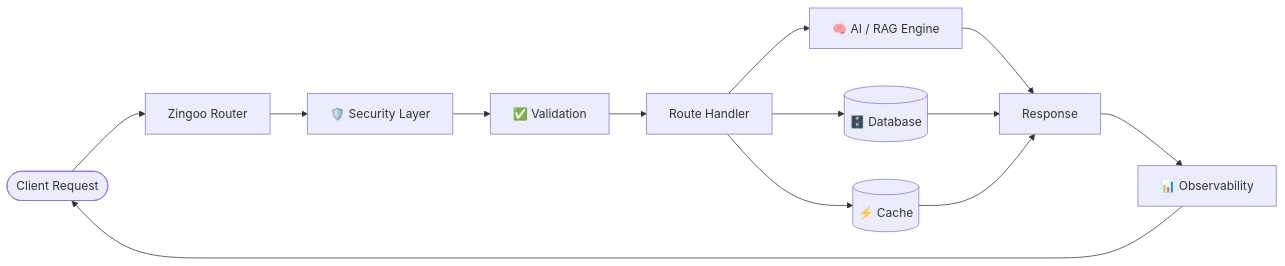
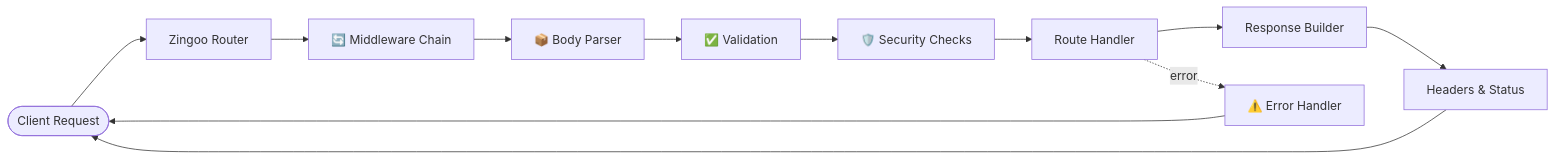
One commit to Pranav-201/Zingoo-The_Future_Backend. changed the diagram in README.md. Above: the diagram before and after it, drawn with Mermaid. The commit also changed other lines of this file, not shown here.

````diff
--- a/README.md
+++ b/README.md
@@ -378,15 +454,16 @@
 ```mermaid
 flowchart LR
     Client([Client Request]) --> Router[Zingoo Router]
-    Router --> Security[🛡️ Security Layer]
-    Security --> Validate[✅ Validation]
-    Validate --> Handler[Route Handler]
-    Handler --> AI[🧠 AI / RAG Engine]
-    Handler --> DB[(🗄️ Database)]
-    Handler --> Cache[(⚡ Cache)]
-    AI --> Response
-    DB --> Response
-    Cache --> Response
-    Response --> Metrics[📊 Observability]
-    Metrics --> Client
+    Router --> Middleware[🔄 Middleware Chain]
+    Middleware --> Parser[📦 Body Parser]
+    Parser --> Validate[✅ Validation]
+    Validate --> Security[🛡️ Security Checks]
+    Security --> Handler[Route Handler]
+    Handler --> Response[Response Builder]
+    Response --> Headers[Headers & Status]
+    Headers --> Client
+
+    Errors["⚠️ Error Handler"]
+    Handler -.error.-> Errors
+    Errors --> Client
 ```
````
